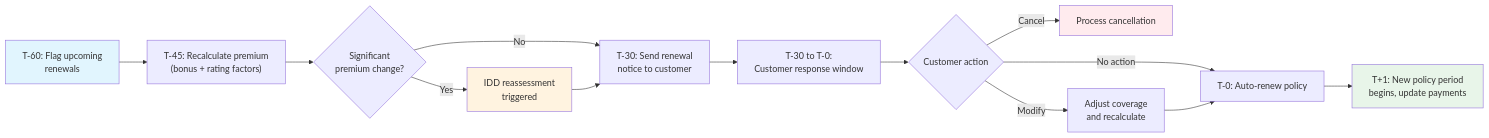
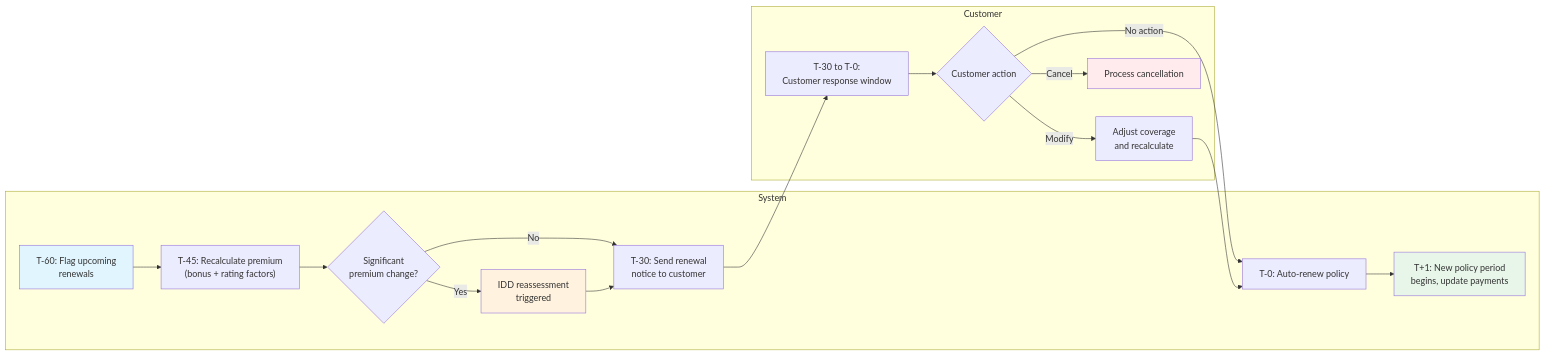
Before and after one commit to Agentic-software-factory/insurance-platform-requirements: the first of 2 diagrams in docs/phase-1-motor/use-cases/renewals.md, drawn with Mermaid. The commit also changed 13 other files, not shown here.

````diff
--- a/docs/phase-1-motor/use-cases/renewals.md
+++ b/docs/phase-1-motor/use-cases/renewals.md
@@ -11,28 +11,44 @@
 ```mermaid
 flowchart LR
-    A["T-60: Flag upcoming
-    renewals"] --> B["T-45: Recalculate premium
-    (bonus + rating factors)"]
-    B --> C{"Significant
-    premium change?"}
-    C -->|Yes| D["IDD reassessment
-    triggered"]
-    C -->|No| E["T-30: Send renewal
-    notice to customer"]
+    subgraph System
+        A["T-60: Flag upcoming
+        renewals"]
+        B["T-45: Recalculate premium
+        (bonus + rating factors)"]
+        C{"Significant
+        premium change?"}
+        D["IDD reassessment
+        triggered"]
+        E["T-30: Send renewal
+        notice to customer"]
+        H["T-0: Auto-renew policy"]
+        K["T+1: New policy period
+        begins, update payments"]
+    end
+    subgraph Customer
+        F["T-30 to T-0:
+        Customer response window"]
+        G{Customer action}
+        J["Adjust coverage
+        and recalculate"]
+        I["Process cancellation"]
+    end
+
+    A --> B
+    B --> C
+    C -->|Yes| D
+    C -->|No| E
     D --> E
-    E --> F["T-30 to T-0:
-    Customer response window"]
-    F --> G{Customer action}
-    G -->|No action| H["T-0: Auto-renew policy"]
-    G -->|Cancel| I["Process cancellation"]
-    G -->|Modify| J["Adjust coverage
-    and recalculate"]
+    E --> F
+    F --> G
+    G -->|No action| H
+    G -->|Cancel| I
+    G -->|Modify| J
     J --> H
-    H --> K["T+1: New policy period
-    begins, update payments"]
+    H --> K
 
     style A fill:#e1f5fe
     style K fill:#e8f5e9
     style I fill:#ffebee
     style D fill:#fff3e0
 ```
````
